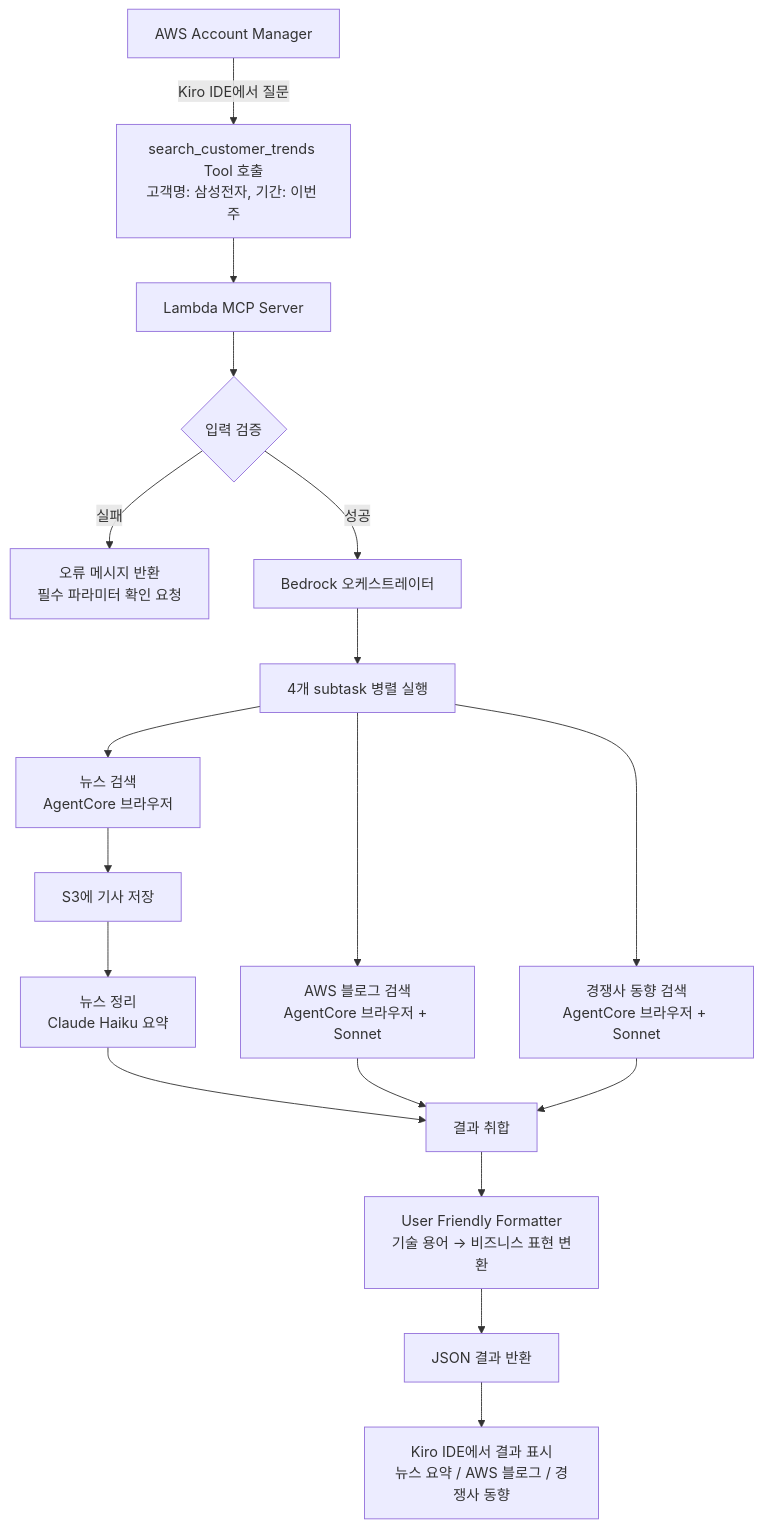
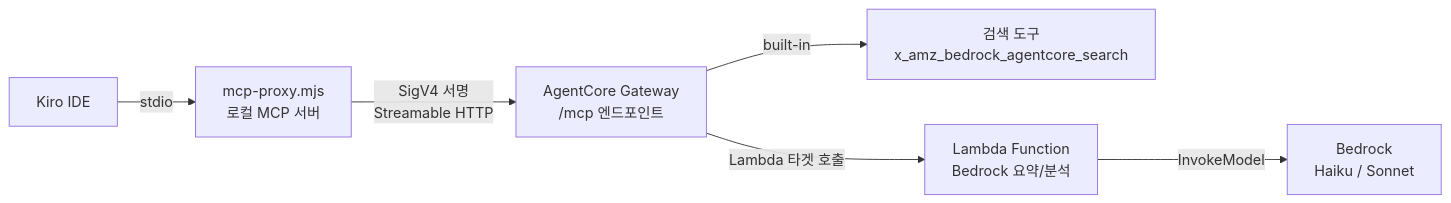
The first of 3 diagrams in README.md (awskyosej/trendbot), drawn with Mermaid before and after one commit. The commit also changed other lines of this file, not shown here.

First line of the commit message:
Revise README for project overview and architecture

````diff
--- a/README.md
+++ b/README.md
@@ -52,24 +59,8 @@
 ```mermaid
-flowchart TD
-    A[AWS Account Manager] -->|Kiro IDE에서 질문| B["search_customer_trends Tool 호출<br/>고객명: 삼성전자, 기간: 이번 주"]
-    B --> C[Lambda MCP Server]
-    C --> D{입력 검증}
-    D -->|실패| E[오류 메시지 반환<br/>필수 파라미터 확인 요청]
-    D -->|성공| F[Bedrock 오케스트레이터]
-    F --> G[4개 subtask 병렬 실행]
-
-    G --> H[뉴스 검색<br/>AgentCore 브라우저]
-    G --> I[AWS 블로그 검색<br/>AgentCore 브라우저 + Sonnet]
-    G --> J[경쟁사 동향 검색<br/>AgentCore 브라우저 + Sonnet]
-
-    H --> K[S3에 기사 저장]
-    K --> L[뉴스 정리<br/>Claude Haiku 요약]
-
-    L --> M[결과 취합]
-    I --> M
-    J --> M
-
-    M --> N[User Friendly Formatter<br/>기술 용어 → 비즈니스 표현 변환]
-    N --> O[JSON 결과 반환]
-    O --> P[Kiro IDE에서 결과 표시<br/>뉴스 요약 / AWS 블로그 / 경쟁사 동향]
+flowchart LR
+    A[Kiro IDE] -->|stdio| B[mcp-proxy.mjs<br/>로컬 MCP 서버]
+    B -->|SigV4 서명<br/>Streamable HTTP| C[AgentCore Gateway<br/>/mcp 엔드포인트]
+    C -->|built-in| D[검색 도구<br/>x_amz_bedrock_agentcore_search]
+    C -->|Lambda 타겟 호출| E[Lambda Function<br/>Bedrock 요약/분석]
+    E -->|InvokeModel| F[Bedrock<br/>Haiku / Sonnet]
 ```
````
